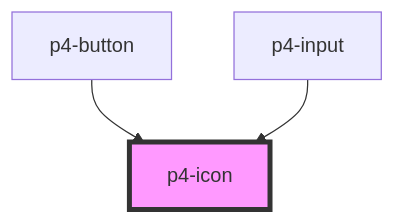
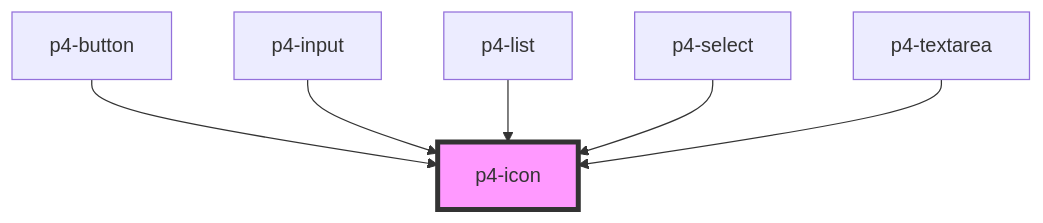
Before and after one commit to goatui/components: the diagram in src/components/p4-icon/readme.md, drawn with Mermaid. The commit also changed other lines of this file and 94 other files, not shown here.

````diff
--- a/src/components/p4-icon/readme.md
+++ b/src/components/p4-icon/readme.md
@@ -24,6 +27,9 @@
 ```mermaid
 graph TD;
   p4-button --> p4-icon
   p4-input --> p4-icon
+  p4-list --> p4-icon
+  p4-select --> p4-icon
+  p4-textarea --> p4-icon
   style p4-icon fill:#f9f,stroke:#333,stroke-width:4px
 ```
````
